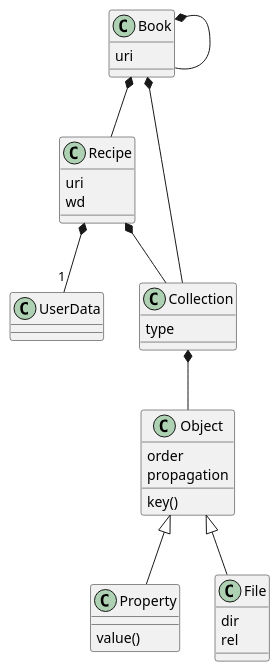
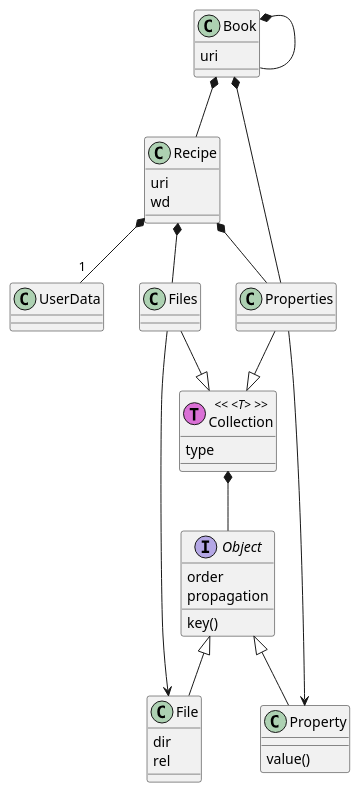
One commit to decode-it/cook changed the diagram in doc/design/src/model/model.puml. Above: the diagram before and after it, drawn with PlantUML.

```diff
--- a/doc/design/src/model/model.puml
+++ b/doc/design/src/model/model.puml
@@ -1,37 +1,43 @@
 @startuml
 class Book
 class Recipe
 class UserData
-class Collection
-
-class Object
+class Collection  << (T, orchid) <T> >>
+class Properties 
+class Files
+Interface Object
 class Property
 class File
+
+Properties --|> Collection
+Files --|> Collection
 
 
 Book *-- Book
 Book *-- Recipe
-Book *-- Collection
+Book *-- Properties
 Book : uri
 
-Recipe *-- Collection
+Recipe *-- Properties
+Recipe *-- Files
 Recipe *-- "1" UserData
 Recipe : uri
 Recipe : wd
 
 Collection *-- Object
 Collection : type
 
 Object : key()
 Object : order
 Object : propagation
 Object <|-- Property
 Object <|-- File
 
 
+Properties --> Property
 Property : value()
 
+Files --> File
 File : dir
 File : rel
-
 @enduml
```
